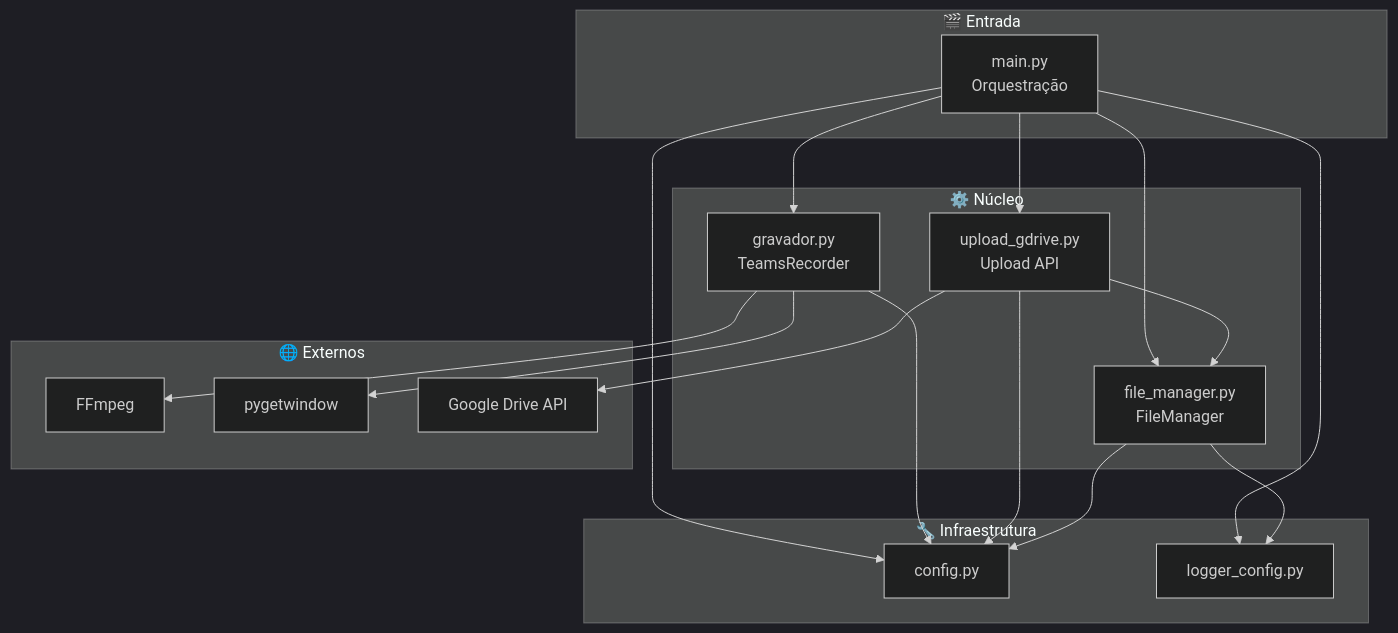
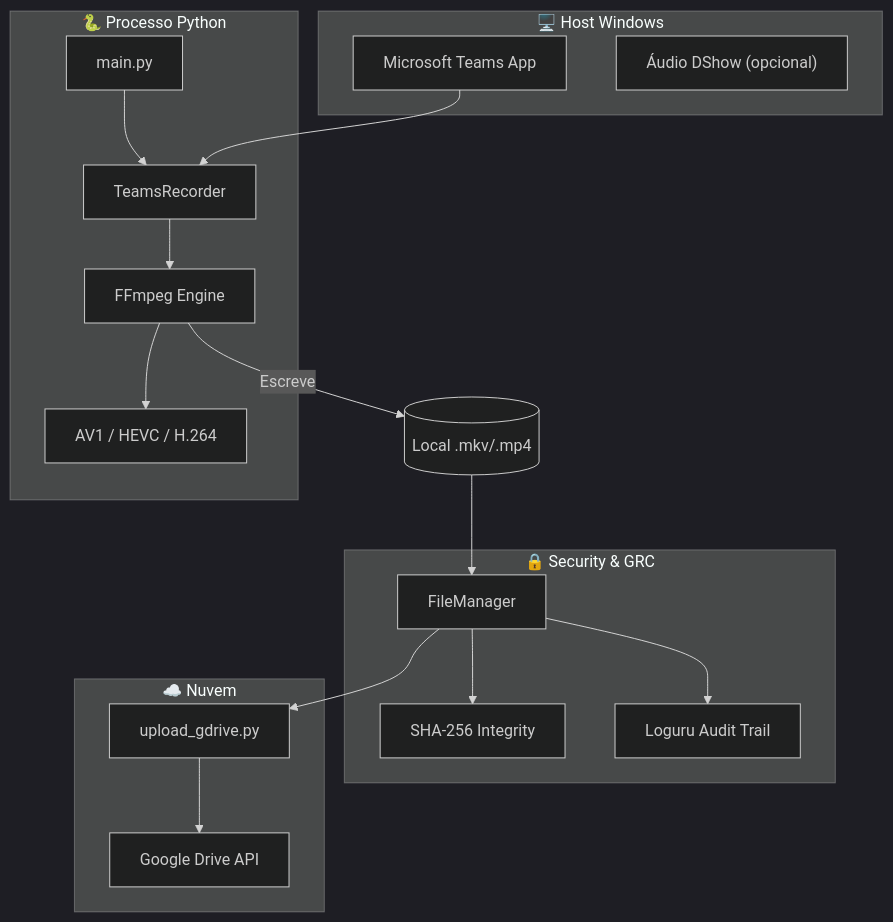
Before and after one commit to carmipa/gravador_de_aula: the diagram in doc/README.md, drawn with Mermaid (dark theme). The commit also changed other lines of this file and 2 other files, not shown here.

Commit message:
feat: Introduce comprehensive project documentation in a new `doc/` directory and update the main README with a new title and improved badges.

````diff
--- a/doc/README.md
+++ b/doc/README.md
@@ -31,37 +25,27 @@
 ```mermaid
-flowchart TB
-    subgraph Entrada["🎬 Entrada"]
-        MAIN["main.py\nOrquestração"]
+graph TD
+    subgraph Host_Windows["🖥️ Host Windows"]
+        Teams["Microsoft Teams App"]
+        Audio["Áudio DShow (opcional)"]
     end
 
-    subgraph Nucleo["⚙️ Núcleo"]
-        GRAV["gravador.py\nTeamsRecorder"]
-        FM["file_manager.py\nFileManager"]
-        UPL["upload_gdrive.py\nUpload API"]
+    subgraph Processo_Python["🐍 Processo Python"]
+        Main["main.py"] --> Recorder["TeamsRecorder"]
+        Recorder --> FFmpeg["FFmpeg Engine"]
+        FFmpeg --> Codec["AV1 / HEVC / H.264"]
     end
 
-    subgraph Infra["🔧 Infraestrutura"]
-        CFG["config.py"]
-        LOG["logger_config.py"]
+    subgraph Security_GRC["🔒 Security & GRC"]
+        FileMgr["FileManager"] --> Hash["SHA-256 Integrity"]
+        FileMgr --> Logs["Loguru Audit Trail"]
     end
 
-    subgraph Externos["🌐 Externos"]
-        FF["FFmpeg"]
-        GW["pygetwindow"]
-        GAPI["Google Drive API"]
+    subgraph Cloud["☁️ Nuvem"]
+        Upload["upload_gdrive.py"] --> GDrive["Google Drive API"]
     end
 
-    MAIN --> GRAV
-    MAIN --> FM
-    MAIN --> UPL
-    MAIN --> LOG
-    MAIN --> CFG
-    GRAV --> CFG
-    GRAV --> FF
-    GRAV --> GW
-    UPL --> CFG
-    UPL --> FM
-    UPL --> GAPI
-    FM --> CFG
-    FM --> LOG
+    FFmpeg -- "Escreve" --> LocalDisk[("Local .mkv/.mp4")]
+    LocalDisk --> FileMgr
+    FileMgr --> Upload
+    Teams --> Recorder
 ```
````
